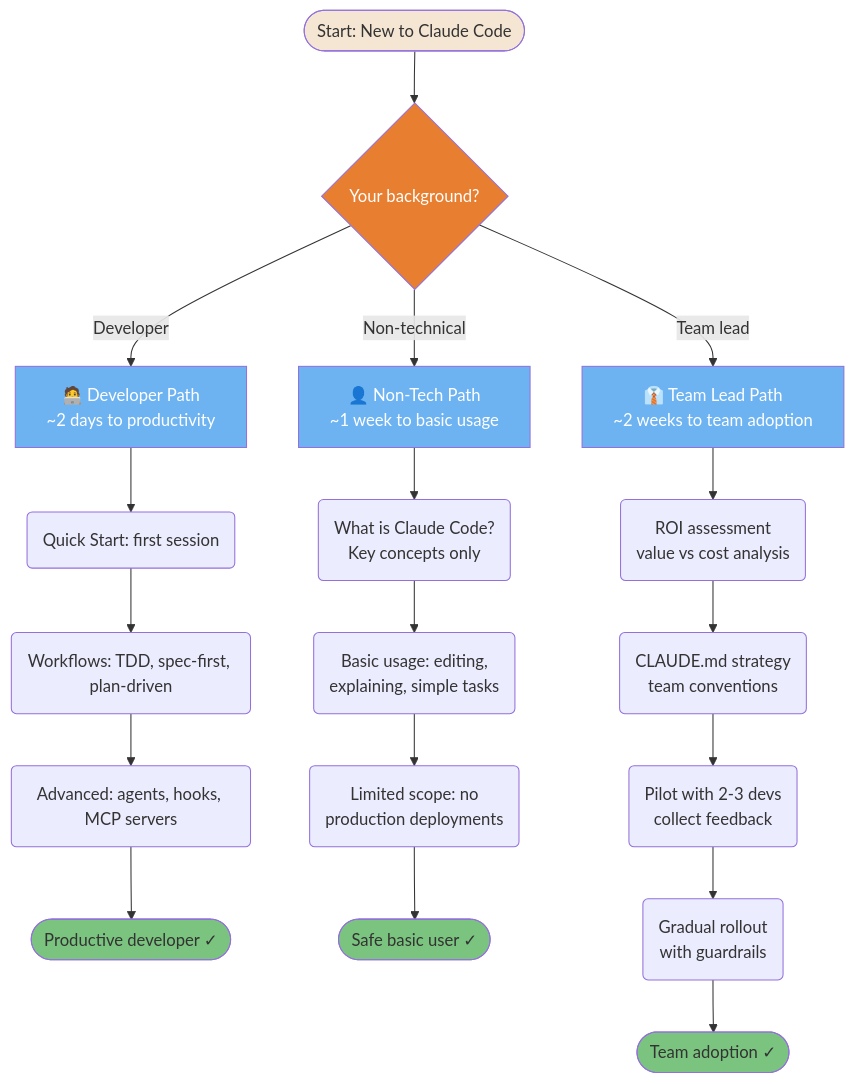
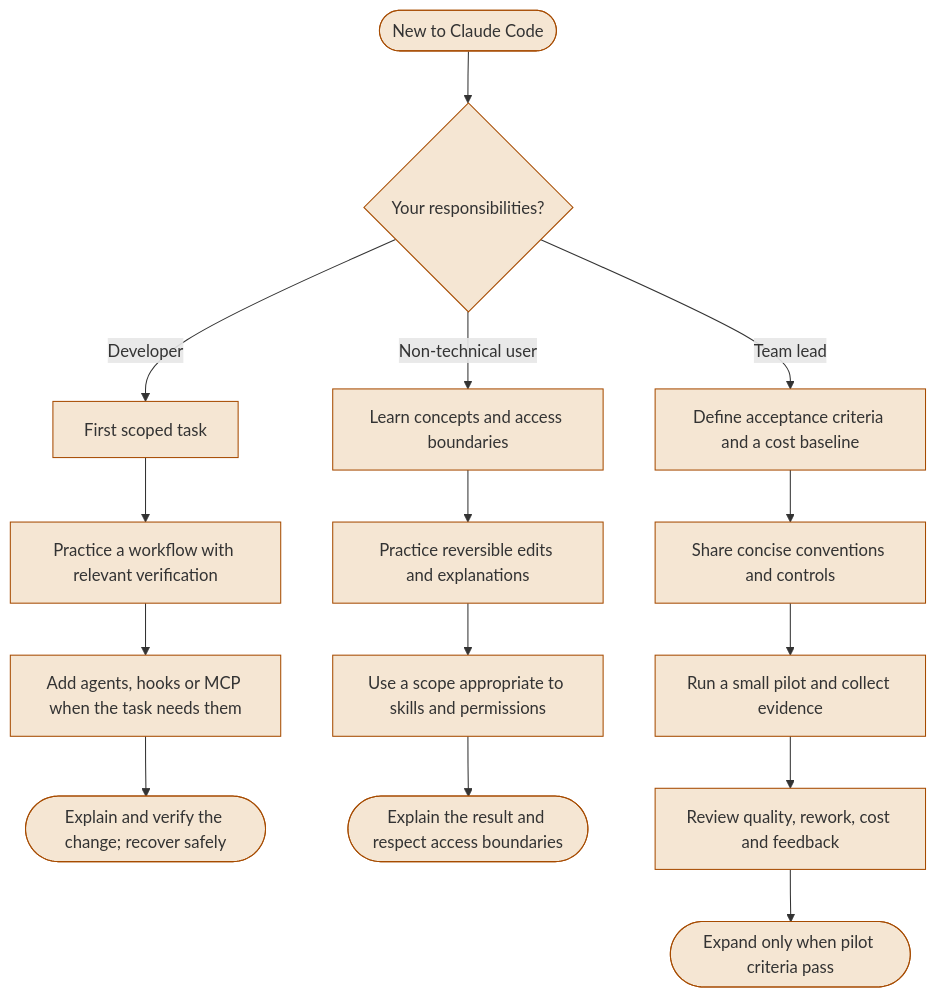
Before and after one commit to FlorianBruniaux/claude-code-ultimate-guide: the first of 3 diagrams in guide/diagrams/10-adoption-and-learning.md, drawn with Mermaid. The commit also changed other lines of this file and 17 other files, not shown here.

Commit message:
docs: refresh all diagrams and correct their source guidance

````diff
--- a/guide/diagrams/10-adoption-and-learning.md
+++ b/guide/diagrams/10-adoption-and-learning.md
@@ -17,51 +17,35 @@
 ```mermaid
 flowchart TD
-    A([Start: New to Claude Code]) --> B{Your background?}
+    A([New to Claude Code]) --> B{Your responsibilities?}
+    B -->|Developer| C[First scoped task]
+    C --> D[Practice a workflow with relevant verification]
+    D --> E[Add agents, hooks or MCP when the task needs them]
+    E --> F([Explain and verify the change; recover safely])
+    B -->|Non-technical user| G[Learn concepts and access boundaries]
+    G --> H[Practice reversible edits and explanations]
+    H --> I[Use a scope appropriate to skills and permissions]
+    I --> J([Explain the result and respect access boundaries])
+    B -->|Team lead| K[Define acceptance criteria and a cost baseline]
+    K --> L[Share concise conventions and controls]
+    L --> M[Run a small pilot and collect evidence]
+    M --> N[Review quality, rework, cost and feedback]
+    N --> O([Expand only when pilot criteria pass])
 
-    B -->|Developer| C["🧑‍💻 Developer Path<br/>~2 days to productivity"]
-    C --> C1(Quick Start: first session)
-    C1 --> C2(Workflows: TDD, spec-first, plan-driven)
-    C2 --> C3(Advanced: agents, hooks, MCP servers)
-    C3 --> C4([Productive developer ✓])
-
-    B -->|Non-technical| D["👤 Non-Tech Path<br/>~1 week to basic usage"]
-    D --> D1(What is Claude Code?<br/>Key concepts only)
-    D1 --> D2(Basic usage: editing,<br/>explaining, simple tasks)
-    D2 --> D3(Limited scope: no<br/>production deployments)
-    D3 --> D4([Safe basic user ✓])
-
-    B -->|Team lead| E["👔 Team Lead Path<br/>~2 weeks to team adoption"]
-    E --> E1(ROI assessment<br/>value vs cost analysis)
-    E1 --> E2(CLAUDE.md strategy<br/>team conventions)
-    E2 --> E3(Pilot with 2-3 devs<br/>collect feedback)
-    E3 --> E4(Gradual rollout<br/>with guardrails)
-    E4 --> E5([Team adoption ✓])
-
-    style A fill:#F5E6D3,color:#333
-    style B fill:#E87E2F,color:#fff
-    style C fill:#6DB3F2,color:#fff
-    style D fill:#6DB3F2,color:#fff
-    style E fill:#6DB3F2,color:#fff
-    style C4 fill:#7BC47F,color:#333
-    style D4 fill:#7BC47F,color:#333
-    style E5 fill:#7BC47F,color:#333
-
-    click A href "https://github.com/FlorianBruniaux/claude-code-ultimate-guide/blob/main/guide/roles/adoption-approaches.md" "Start: New to Claude Code"
-    click B href "https://github.com/FlorianBruniaux/claude-code-ultimate-guide/blob/main/guide/roles/adoption-approaches.md" "Your background?"
-    click C href "https://github.com/FlorianBruniaux/claude-code-ultimate-guide/blob/main/guide/ultimate-guide.md#12-first-workflow" "Developer Path"
-    click C1 href "https://github.com/FlorianBruniaux/claude-code-ultimate-guide/blob/main/guide/ultimate-guide.md#12-first-workflow" "Quick Start: first session"
-    click C2 href "https://github.com/FlorianBruniaux/claude-code-ultimate-guide/blob/main/guide/ultimate-guide.md#12-first-workflow" "Workflows: TDD, spec-first, plan-driven"
-    click C3 href "https://github.com/FlorianBruniaux/claude-code-ultimate-guide/blob/main/guide/ultimate-guide.md#41-what-are-agents" "Advanced: agents, hooks, MCP"
-    click C4 href "https://github.com/FlorianBruniaux/claude-code-ultimate-guide/blob/main/guide/roles/adoption-approaches.md" "Productive developer"
-    click D href "https://github.com/FlorianBruniaux/claude-code-ultimate-guide/blob/main/guide/roles/adoption-approaches.md" "Non-Tech Path"
-    click D1 href "https://github.com/FlorianBruniaux/claude-code-ultimate-guide/blob/main/guide/roles/adoption-approaches.md" "What is Claude Code?"
-    click D2 href "https://github.com/FlorianBruniaux/claude-code-ultimate-guide/blob/main/guide/roles/adoption-approaches.md" "Basic usage"
-    click D3 href "https://github.com/FlorianBruniaux/claude-code-ultimate-guide/blob/main/guide/roles/adoption-approaches.md" "Limited scope"
-    click D4 href "https://github.com/FlorianBruniaux/claude-code-ultimate-guide/blob/main/guide/roles/adoption-approaches.md" "Safe basic user"
-    click E href "https://github.com/FlorianBruniaux/claude-code-ultimate-guide/blob/main/guide/roles/adoption-approaches.md" "Team Lead Path"
-    click E1 href "https://github.com/FlorianBruniaux/claude-code-ultimate-guide/blob/main/guide/roles/adoption-approaches.md" "ROI assessment"
-    click E2 href "https://github.com/FlorianBruniaux/claude-code-ultimate-guide/blob/main/guide/ultimate-guide.md#31-memory-files-claudemd" "CLAUDE.md strategy"
-    click E3 href "https://github.com/FlorianBruniaux/claude-code-ultimate-guide/blob/main/guide/roles/adoption-approaches.md" "Pilot with 2-3 devs"
-    click E4 href "https://github.com/FlorianBruniaux/claude-code-ultimate-guide/blob/main/guide/roles/adoption-approaches.md" "Gradual rollout"
-    click E5 href "https://github.com/FlorianBruniaux/claude-code-ultimate-guide/blob/main/guide/roles/adoption-approaches.md" "Team adoption"
+    classDef diagramNode fill:#F5E6D3,color:#333,stroke:#A64B00
+    class A,B,C,D,E,F,G,H,I,J,K,L,M,N,O diagramNode
+    click A href "https://github.com/FlorianBruniaux/claude-code-ultimate-guide/blob/main/guide/roles/adoption-approaches.md#start--build--scale-a-practical-navigation-layer" "View in guide"
+    click B href "https://github.com/FlorianBruniaux/claude-code-ultimate-guide/blob/main/guide/roles/adoption-approaches.md#start--build--scale-a-practical-navigation-layer" "View in guide"
+    click C href "https://github.com/FlorianBruniaux/claude-code-ultimate-guide/blob/main/guide/roles/adoption-approaches.md#start--build--scale-a-practical-navigation-layer" "View in guide"
+    click D href "https://github.com/FlorianBruniaux/claude-code-ultimate-guide/blob/main/guide/roles/adoption-approaches.md#start--build--scale-a-practical-navigation-layer" "View in guide"
+    click E href "https://github.com/FlorianBruniaux/claude-code-ultimate-guide/blob/main/guide/ultimate-guide.md#41-what-are-agents" "View in guide"
+    click F href "https://github.com/FlorianBruniaux/claude-code-ultimate-guide/blob/main/guide/roles/adoption-approaches.md#start--build--scale-a-practical-navigation-layer" "View in guide"
+    click G href "https://github.com/FlorianBruniaux/claude-code-ultimate-guide/blob/main/guide/roles/adoption-approaches.md#start--build--scale-a-practical-navigation-layer" "View in guide"
+    click H href "https://github.com/FlorianBruniaux/claude-code-ultimate-guide/blob/main/guide/roles/adoption-approaches.md#start--build--scale-a-practical-navigation-layer" "View in guide"
+    click I href "https://github.com/FlorianBruniaux/claude-code-ultimate-guide/blob/main/guide/roles/adoption-approaches.md#start--build--scale-a-practical-navigation-layer" "View in guide"
+    click J href "https://github.com/FlorianBruniaux/claude-code-ultimate-guide/blob/main/guide/roles/adoption-approaches.md#start--build--scale-a-practical-navigation-layer" "View in guide"
+    click K href "https://github.com/FlorianBruniaux/claude-code-ultimate-guide/blob/main/guide/roles/adoption-approaches.md#start--build--scale-a-practical-navigation-layer" "View in guide"
+    click L href "https://github.com/FlorianBruniaux/claude-code-ultimate-guide/blob/main/guide/ultimate-guide.md#31-memory-files-claudemd" "View in guide"
+    click M href "https://github.com/FlorianBruniaux/claude-code-ultimate-guide/blob/main/guide/roles/adoption-approaches.md#start--build--scale-a-practical-navigation-layer" "View in guide"
+    click N href "https://github.com/FlorianBruniaux/claude-code-ultimate-guide/blob/main/guide/roles/adoption-approaches.md#start--build--scale-a-practical-navigation-layer" "View in guide"
+    click O href "https://github.com/FlorianBruniaux/claude-code-ultimate-guide/blob/main/guide/roles/adoption-approaches.md#start--build--scale-a-practical-navigation-layer" "View in guide"
 ```
````
